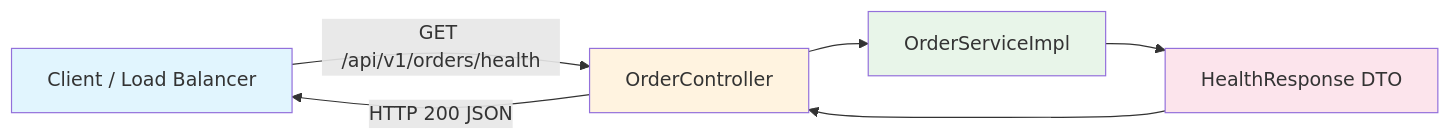
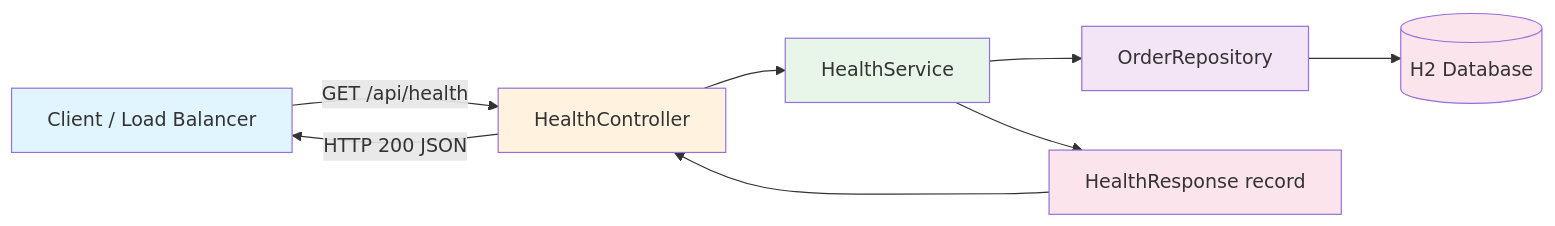
The third of 3 diagrams in docs/designs/Design-STORY-8.md (debashishmitra/poc-agentic-sdlc), drawn with Mermaid before and after one commit. The commit also changed other lines of this file, not shown here.

````diff
--- a/docs/designs/Design-STORY-8.md
+++ b/docs/designs/Design-STORY-8.md
@@ -138,13 +165,17 @@
 ```mermaid
 graph LR
-    A[Client / Load Balancer] -->|GET /api/v1/orders/health| B[OrderController]
-    B --> C[OrderServiceImpl]
-    C --> D[HealthResponse DTO]
-    D --> B
+    A[Client / Load Balancer] -->|GET /api/health| B[HealthController]
+    B --> C[HealthService]
+    C --> D[OrderRepository]
+    D --> E[(H2 Database)]
+    C --> F[HealthResponse record]
+    F --> B
     B -->|HTTP 200 JSON| A
 
     style A fill:#e1f5fe
     style B fill:#fff3e0
     style C fill:#e8f5e9
-    style D fill:#fce4ec
+    style D fill:#f3e5f5
+    style E fill:#fce4ec
+    style F fill:#fce4ec
 ```
````
